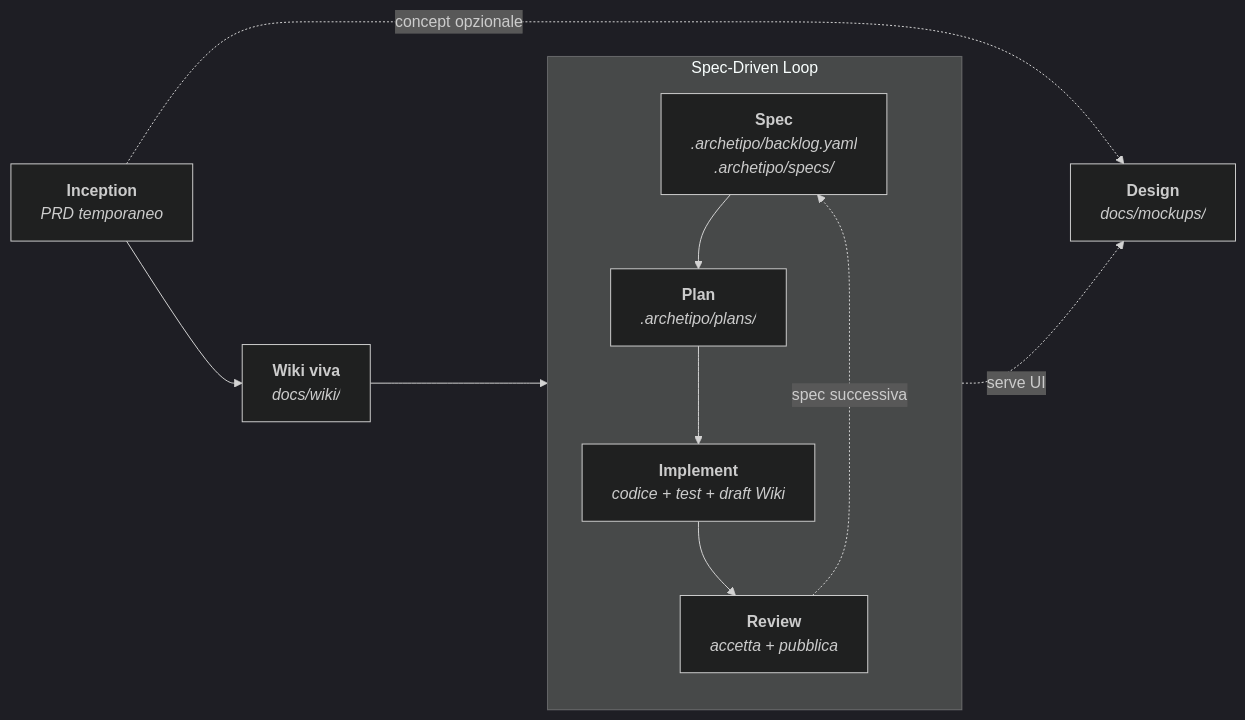
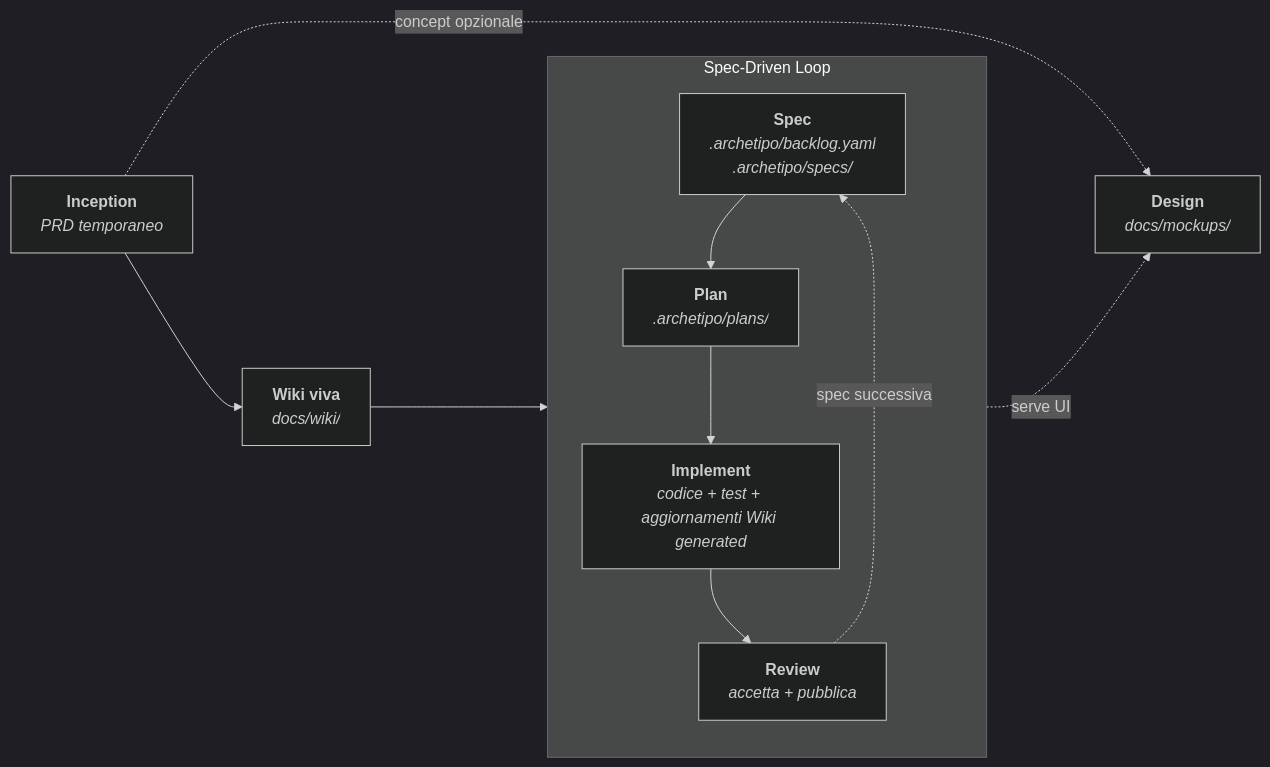
Before and after one commit to techreloaded-ar/ARchetipo: the diagram in README.it.md, drawn with Mermaid (dark theme). The commit also changed other lines of this file and 21 other files, not shown here.

````diff
--- a/README.it.md
+++ b/README.it.md
@@ -83,16 +83,16 @@
 ```mermaid
 flowchart LR
     I["<b>Inception</b><br/><i>PRD temporaneo</i>"] --> W["<b>Wiki viva</b><br/><i>docs/wiki/</i>"]
     W --> S
     I -. concept opzionale .-> D["<b>Design</b><br/><i>docs/mockups/</i>"]
 
     subgraph Loop["Spec-Driven Loop"]
         direction TB
         S["<b>Spec</b><br/><i>.archetipo/backlog.yaml<br/>.archetipo/specs/</i>"] --> P["<b>Plan</b><br/><i>.archetipo/plans/</i>"]
-        P --> IM["<b>Implement</b><br/><i>codice + test + draft Wiki</i>"]
+        P --> IM["<b>Implement</b><br/><i>codice + test + aggiornamenti Wiki generated</i>"]
         IM --> R["<b>Review</b><br/><i>accetta + pubblica</i>"]
         R -. spec successiva .-> S
     end
 
     P -. serve UI .-> D
 ```
````
